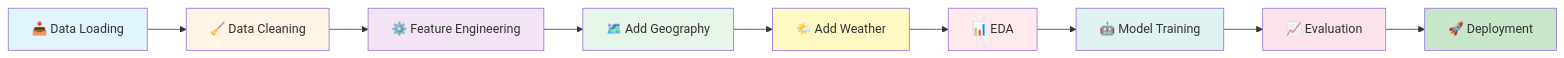
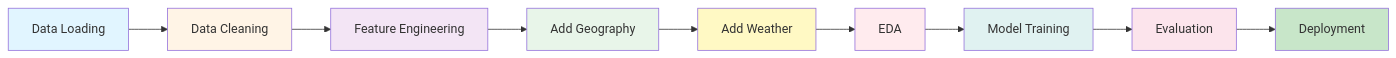
One commit to HugoNcy/Machine-learning-project changed the diagram in README.md. Above: the diagram before and after it, drawn with Mermaid. The commit also changed other lines of this file, not shown here.

````diff
--- a/README.md
+++ b/README.md
@@ -739,21 +709,21 @@
 ```mermaid
 graph LR
-    A[📥 Data Loading] --> B[🧹 Data Cleaning]
-    B --> C[⚙️ Feature Engineering]
-    C --> D[🗺️ Add Geography]
-    D --> E[🌤️ Add Weather]
-    E --> F[📊 EDA]
-    F --> G[🤖 Model Training]
-    G --> H[📈 Evaluation]
-    H --> I[🚀 Deployment]
+    A[Data Loading] --> B[Data Cleaning]
+    B --> C[Feature Engineering]
+    C --> D[Add Geography]
+    D --> E[Add Weather]
+    E --> F[EDA]
+    F --> G[Model Training]
+    G --> H[Evaluation]
+    H --> I[Deployment]
 
     style A fill:#e1f5ff
     style B fill:#fff4e6
     style C fill:#f3e5f5
     style D fill:#e8f5e9
     style E fill:#fff9c4
     style F fill:#ffebee
     style G fill:#e0f2f1
     style H fill:#fce4ec
     style I fill:#c8e6c9
 ```
````
